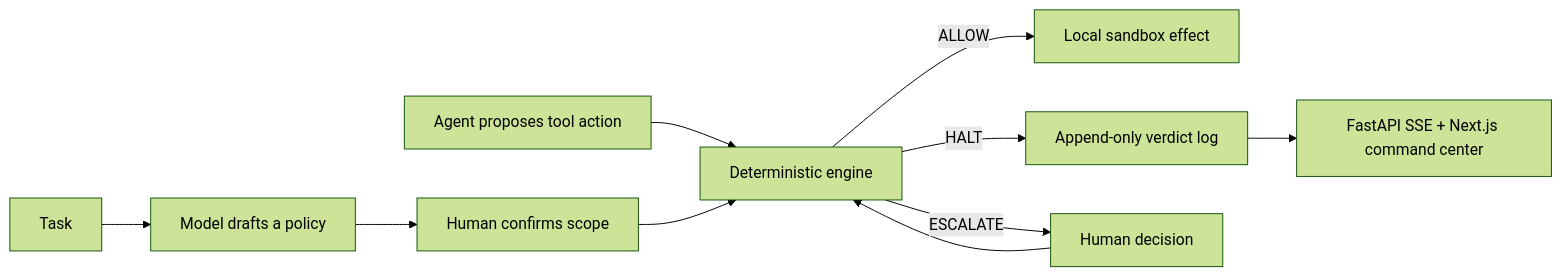
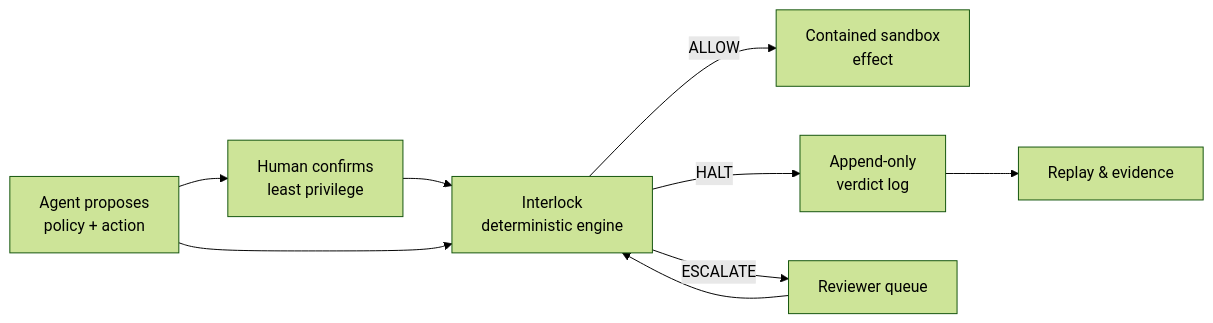
One commit to Myan17/OpenAI-Hack changed the diagram in README.md. Above: the diagram before and after it, drawn with Mermaid (forest theme). The commit also changed other lines of this file, not shown here.

````diff
--- a/README.md
+++ b/README.md
@@ -38,12 +42,11 @@
 ```mermaid
 flowchart LR
-  T[Task] --> D[Model drafts a policy]
-  D --> H[Human confirms scope]
-  A[Agent proposes tool action] --> E[Deterministic engine]
-  H --> E
-  E -->|ALLOW| S[Local sandbox effect]
-  E -->|HALT| L[Append-only verdict log]
-  E -->|ESCALATE| R[Human decision]
-  L --> UI[FastAPI SSE + Next.js command center]
-  R --> E
+    A[Agent proposes<br/>policy + action] --> H[Human confirms<br/>least privilege]
+    H --> I[Interlock<br/>deterministic engine]
+    A --> I
+    I -->|ALLOW| S[Contained sandbox<br/>effect]
+    I -->|HALT| L[Append-only<br/>verdict log]
+    I -->|ESCALATE| R[Reviewer queue]
+    L --> E[Replay & evidence]
+    R --> I
 ```
````
